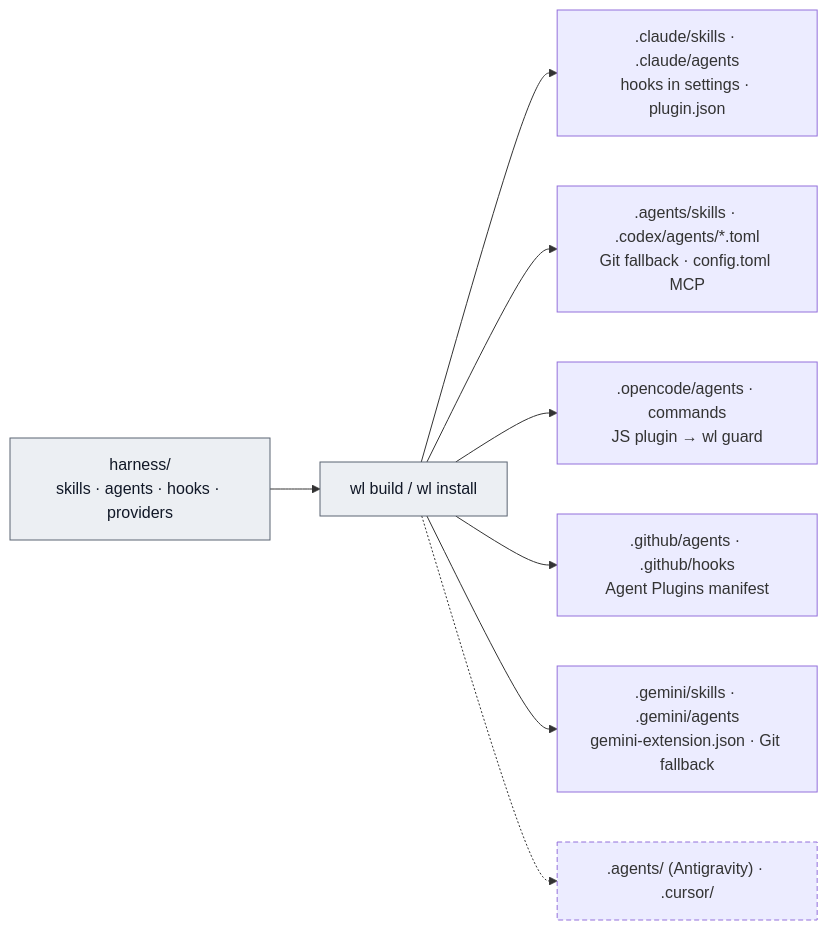
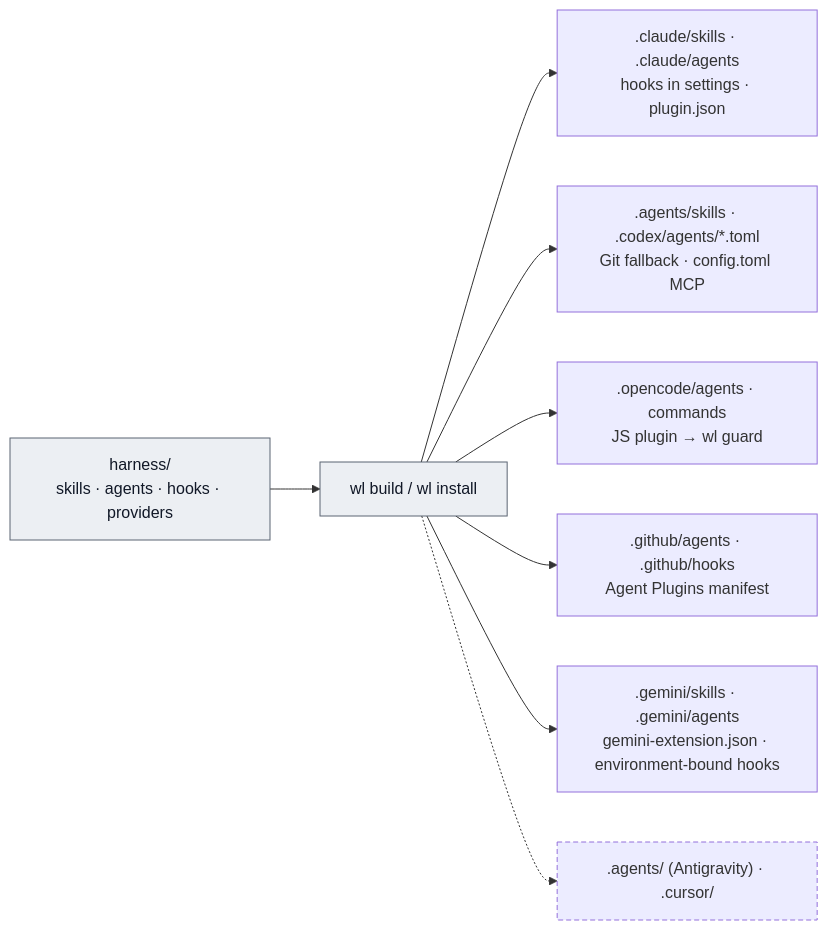
One commit to dreamingechoes/wholeloop changed the diagram in docs/platforms/README.md. Above: the diagram before and after it, drawn with Mermaid. The commit also changed other lines of this file and 20 other files, not shown here.

First line of the commit message:
feat(guards): bind gemini hooks through native environment

````diff
--- a/docs/platforms/README.md
+++ b/docs/platforms/README.md
@@ -45,12 +45,12 @@
 ```mermaid
 flowchart LR
   src["harness/<br/>skills · agents · hooks · providers"]:::core --> gen["wl build / wl install"]:::core
   gen --> c1[".claude/skills · .claude/agents<br/>hooks in settings · plugin.json"]
   gen --> c2[".agents/skills · .codex/agents/*.toml<br/>Git fallback · config.toml MCP"]
   gen --> c3[".opencode/agents · commands<br/>JS plugin → wl guard"]
   gen --> c4[".github/agents · .github/hooks<br/>Agent Plugins manifest"]
-  gen --> c5[".gemini/skills · .gemini/agents<br/>gemini-extension.json · Git fallback"]
+  gen --> c5[".gemini/skills · .gemini/agents<br/>gemini-extension.json · environment-bound hooks"]
   gen -.-> c6[".agents/ (Antigravity) · .cursor/"]:::opt
   classDef core fill:#eceff3,stroke:#5b6573,color:#111827;
   classDef opt stroke-dasharray:5 3;
 ```
````
